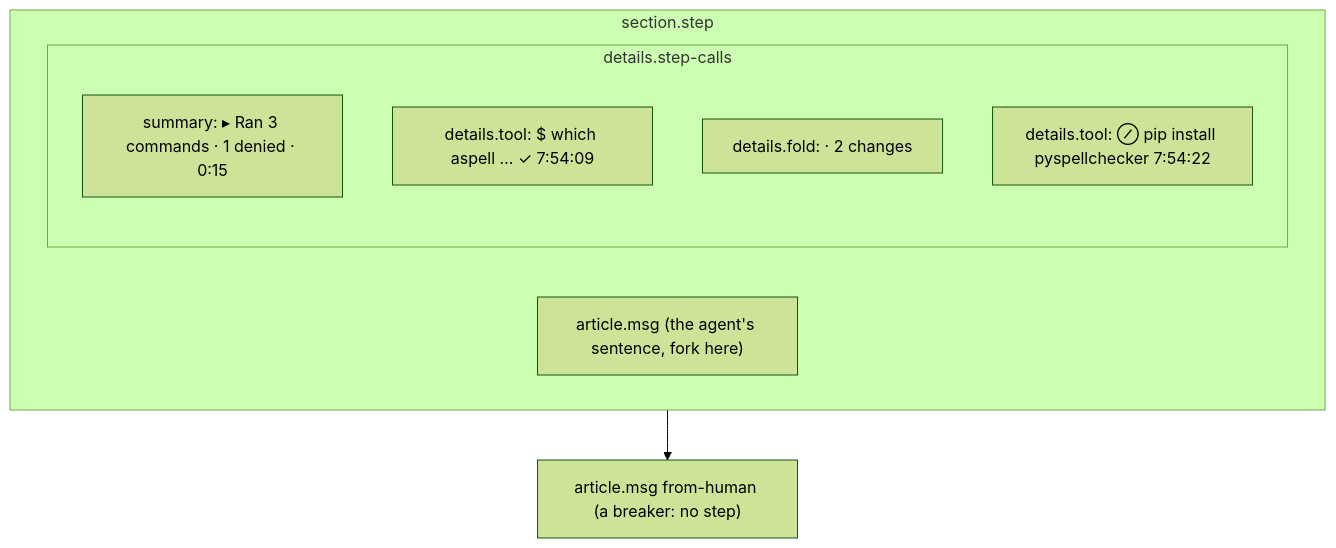
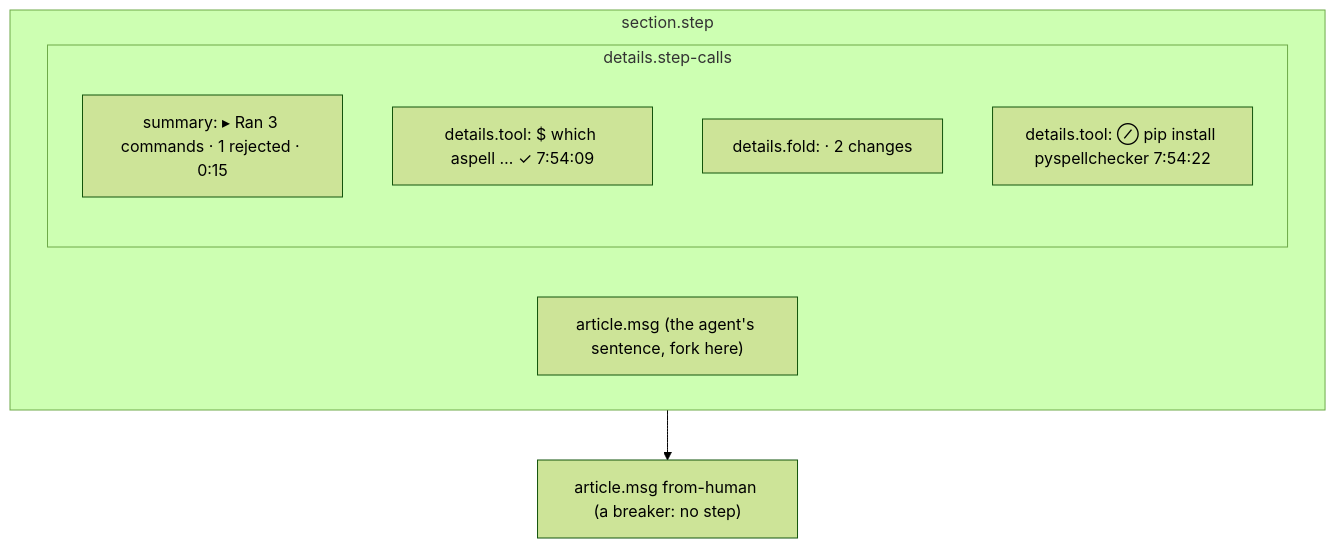
Before and after one commit to Smana/agent-platform: the diagram in docs/superpowers/specs/2026-10-18-room-ui-polish-design.md, drawn with Mermaid (forest theme). The commit also changed other lines of this file and 1 other file, not shown here.

````diff
--- a/docs/superpowers/specs/2026-10-18-room-ui-polish-design.md
+++ b/docs/superpowers/specs/2026-10-18-room-ui-polish-design.md
@@ -64,14 +65,14 @@
 ```mermaid
 flowchart TB
   subgraph step["section.step"]
     owner["article.msg (the agent's sentence, fork here)"]
     subgraph calls["details.step-calls"]
-      s["summary: ▸ Ran 3 commands · 1 denied · 0:15"]
+      s["summary: ▸ Ran 3 commands · 1 rejected · 0:15"]
       t1["details.tool: $ which aspell … ✓ 7:54:09"]
       f["details.fold: · 2 changes"]
       t2["details.tool: ⊘ pip install pyspellchecker 7:54:22"]
     end
   end
   m2["article.msg from-human (a breaker: no step)"]
   step --> m2
 ```
````
